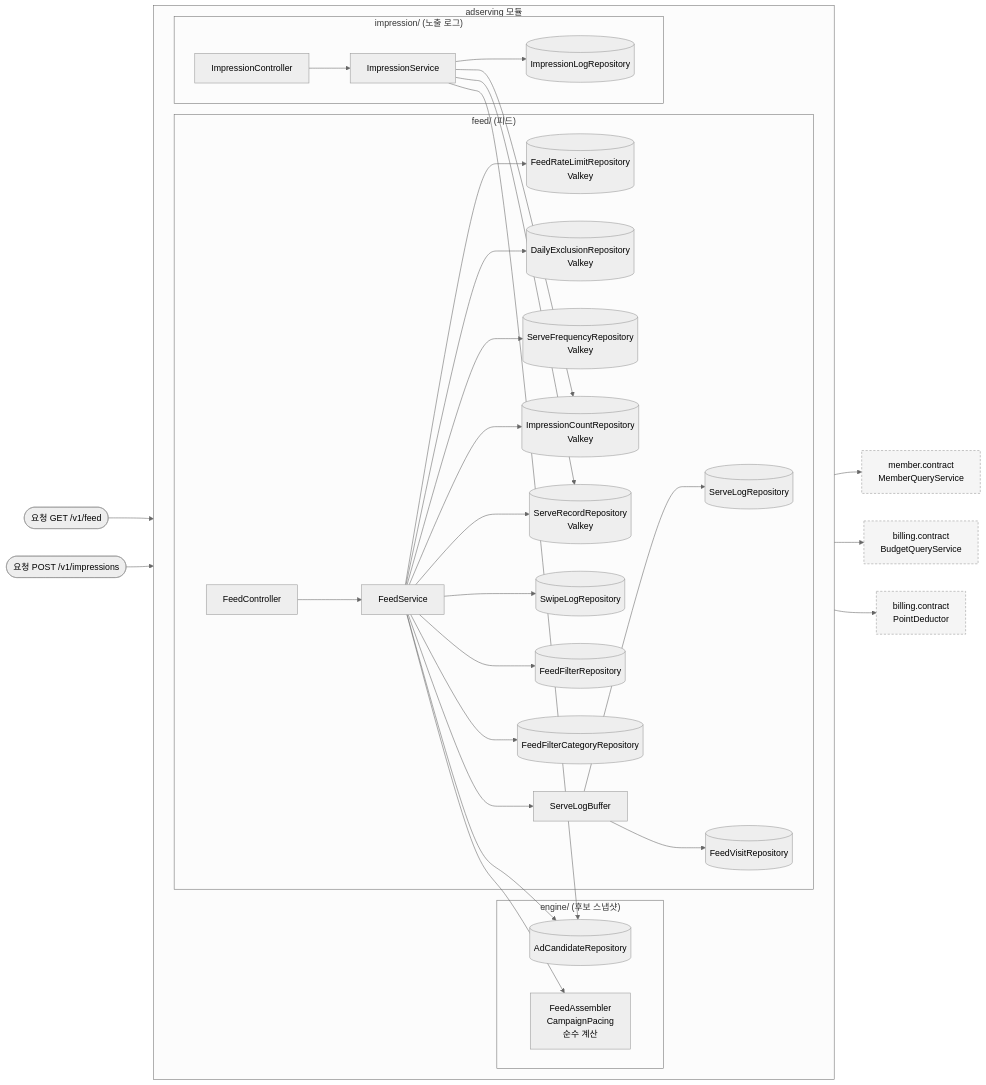
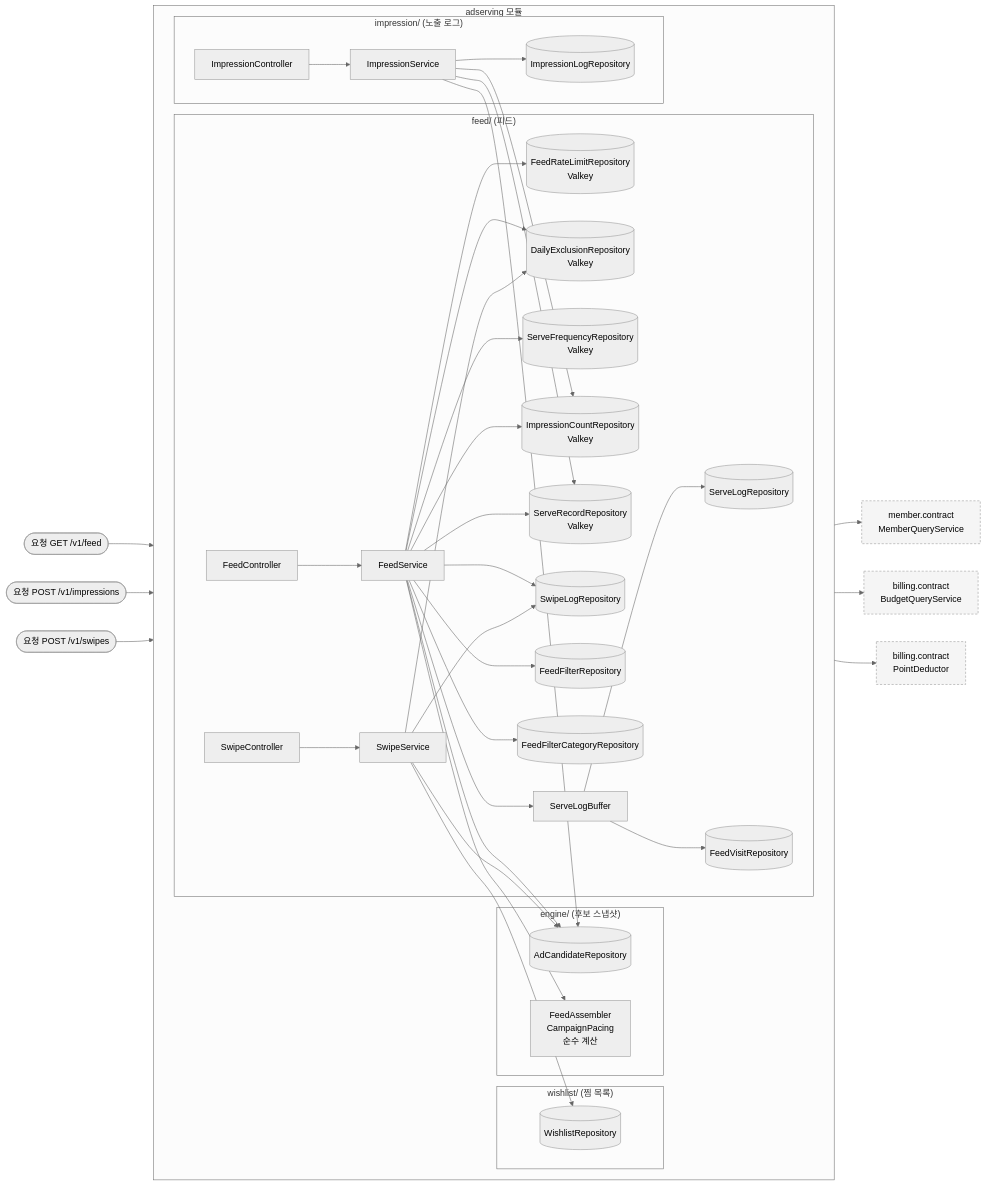
Before and after one commit to lunch-catch/lc-backend: the first of 4 diagrams in docs/design/adserving/adserving_구조와_동작_설계.md, drawn with Mermaid (neutral theme). The commit also changed other lines of this file and 27 other files, not shown here.

````diff
--- a/docs/design/adserving/adserving_구조와_동작_설계.md
+++ b/docs/design/adserving/adserving_구조와_동작_설계.md
@@ -181,47 +190,57 @@
 ```mermaid
 flowchart LR
     REQ([요청 GET /v1/feed]) --> FC
     REQ2([요청 POST /v1/impressions]) --> IMC
+    REQ3([요청 POST /v1/swipes]) --> SWC
 
     subgraph adserving["adserving 모듈"]
         direction LR
 
         subgraph feed["feed/ (피드)"]
             FC[FeedController] --> FS[FeedService]
             FS --> RL[("FeedRateLimitRepository<br/>Valkey")]
             FS --> DE[("DailyExclusionRepository<br/>Valkey")]
             FS --> SF[("ServeFrequencyRepository<br/>Valkey")]
             FS --> IC[("ImpressionCountRepository<br/>Valkey")]
             FS --> SR[("ServeRecordRepository<br/>Valkey")]
             FS --> SW[(SwipeLogRepository)]
             FS --> FF[(FeedFilterRepository)]
             FS --> FFC[(FeedFilterCategoryRepository)]
+            SWC[SwipeController] --> SWS[SwipeService]
+            SWS --> SW
+            SWS --> DE
             FS --> SB[ServeLogBuffer]
             SB --> SL[(ServeLogRepository)]
             SB --> FV[(FeedVisitRepository)]
         end
 
         subgraph engine["engine/ (후보 스냅샷)"]
             AR[(AdCandidateRepository)]
             FA["FeedAssembler<br/>CampaignPacing<br/>순수 계산"]
+        end
+
+        subgraph wishlist["wishlist/ (찜 목록)"]
+            WR[(WishlistRepository)]
         end
 
         subgraph impression["impression/ (노출 로그)"]
             IMC[ImpressionController] --> IMS[ImpressionService]
             IMS --> IML[(ImpressionLogRepository)]
         end
 
         FS --> AR
         FS --> FA
         IMS --> SR
         IMS --> IC
         IMS --> AR
+        SWS --> WR
+        SWS --> AR
     end
 
     FS --> MQ["member.contract<br/>MemberQueryService"]
     FS --> BQ["billing.contract<br/>BudgetQueryService"]
     IMS --> PD["billing.contract<br/>PointDeductor"]
 
     classDef out fill:#f5f5f5,stroke:#999,stroke-dasharray:4 3
     class MQ,BQ,PD out
 ```
````
